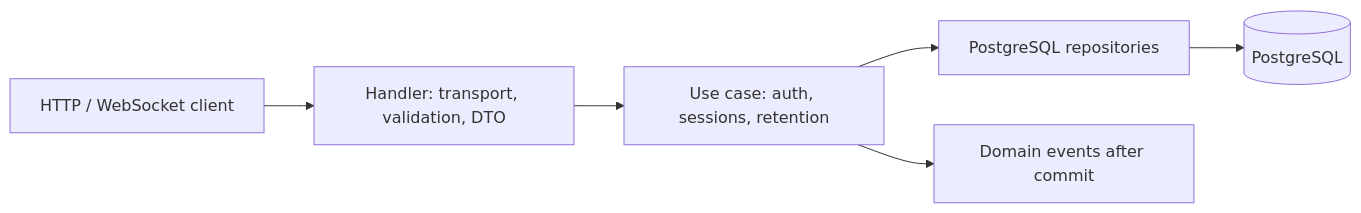
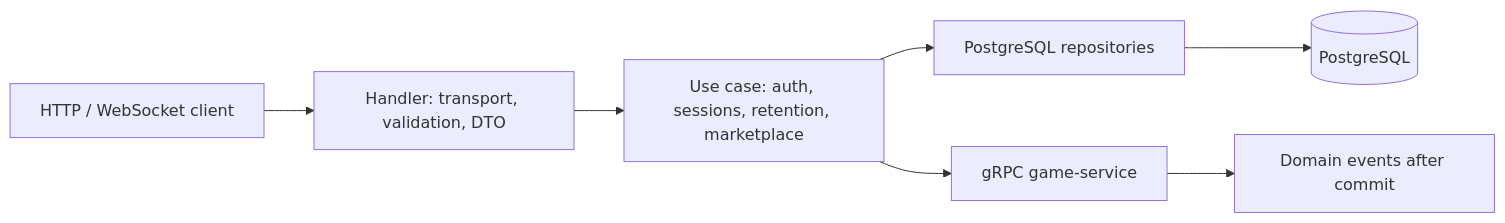
Before and after one commit to timur-developer/avitosha-backend-contribution: the diagram in README.md, drawn with Mermaid. The commit also changed other lines of this file and 91 other files, not shown here.

````diff
--- a/README.md
+++ b/README.md
@@ -93,8 +109,9 @@
 ```mermaid
 flowchart LR
     Client["HTTP / WebSocket client"] --> Handler["Handler: transport, validation, DTO"]
-    Handler --> Usecase["Use case: auth, sessions, retention"]
+    Handler --> Usecase["Use case: auth, sessions, retention, marketplace"]
     Usecase --> Repository["PostgreSQL repositories"]
     Repository --> DB[(PostgreSQL)]
-    Usecase --> Events["Domain events after commit"]
+    Usecase --> GameService["gRPC game-service"]
+    GameService --> Events["Domain events after commit"]
 ```
````
